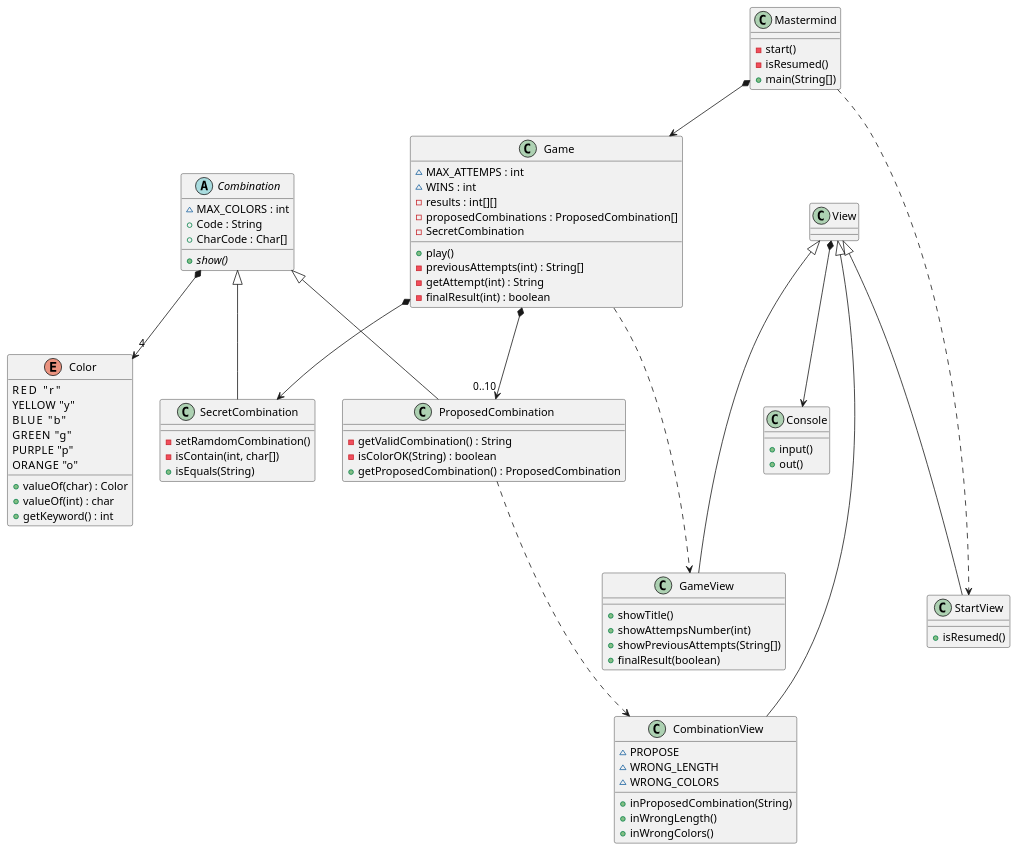
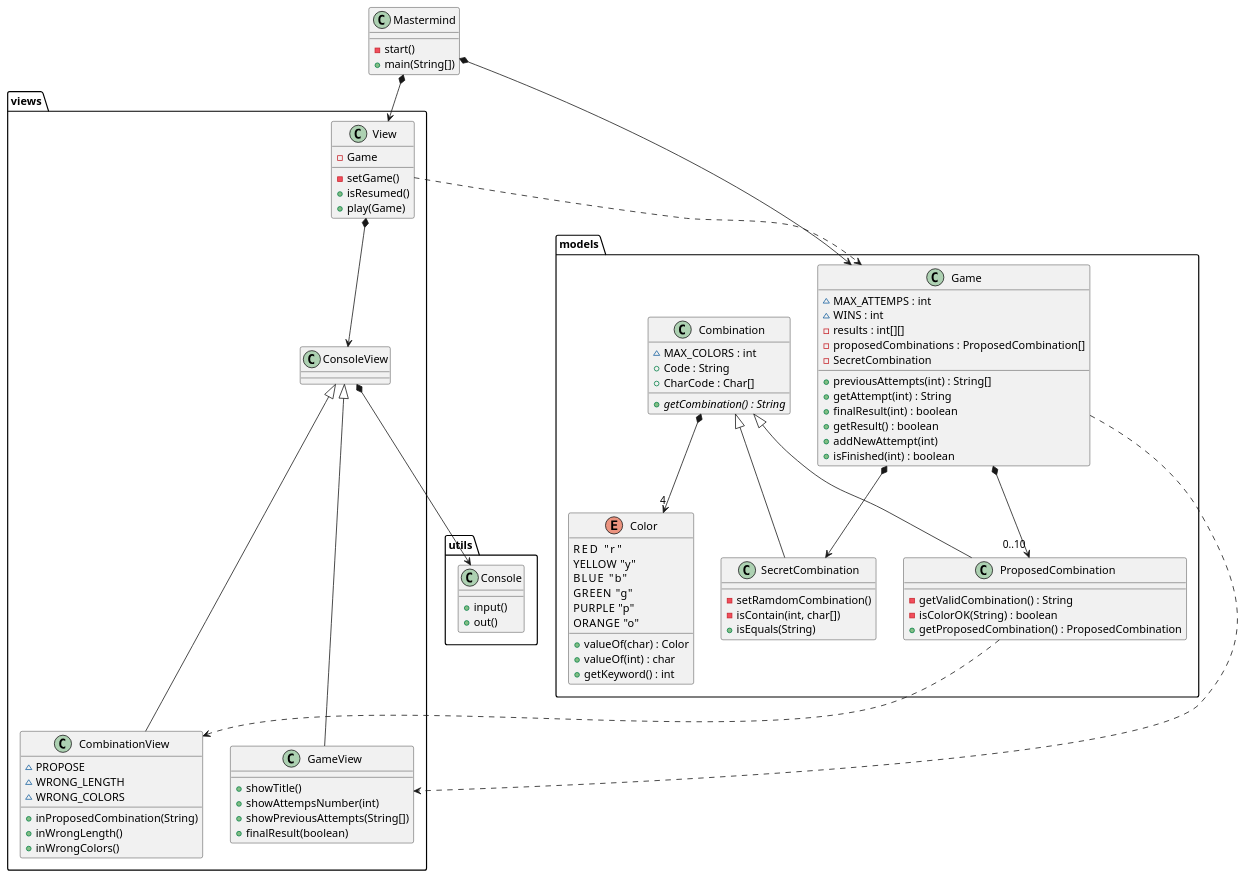
One commit to Master-Desarrollo-20-21/diseno-oo-ejercicio2-mastermind-document-view-kiarras changed the diagram in Mastermind/Mastermind.wsd. Above: the diagram before and after it, drawn with PlantUML. The commit also changed 4 other files, not shown here.

Commit message:
Review view code

```diff
--- a/Mastermind/Mastermind.wsd
+++ b/Mastermind/Mastermind.wsd
@@ -1,80 +1,94 @@
 @startuml Mastermind
 class Mastermind{
   - start()
-  - isResumed()
   + main(String[])
 }
-Mastermind *--> Game
-Mastermind ...> StartView
-class Game{
-    ~ MAX_ATTEMPS : int
-    ~ WINS : int
-    - results : int[][]
-    - proposedCombinations : ProposedCombination[]
-    - SecretCombination
-    + play()
-    - previousAttempts(int) : String[]
-    - getAttempt(int) : String
-    - finalResult(int) : boolean
+package models {
+    class Game{
+        ~ MAX_ATTEMPS : int
+        ~ WINS : int
+        - results : int[][]
+        - proposedCombinations : ProposedCombination[]
+        - SecretCombination
+
+        + previousAttempts(int) : String[]
+        + getAttempt(int) : String
+        + finalResult(int) : boolean
+        + getResult() : boolean
+        + addNewAttempt(int)
+        + isFinished(int) : boolean
+    }
+
+    class Combination{
+        ~ MAX_COLORS : int
+        + Code : String
+        + CharCode : Char[]
+        {abstract} + getCombination() : String
+    }
+    enum Color{
+        RED     "r"
+        YELLOW  "y"
+        BLUE    "b"
+        GREEN   "g"
+        PURPLE  "p"
+        ORANGE  "o"
+        + valueOf(char) : Color
+        + valueOf(int) : char
+        + getKeyword() : int
+    }
+
+    Class SecretCombination{
+        - setRamdomCombination()
+        - isContain(int, char[])
+        + isEquals(String)
+    }
+    Class ProposedCombination{
+        - getValidCombination() : String
+        - isColorOK(String) : boolean
+        + getProposedCombination() : ProposedCombination
+    }
+    Game *--> SecretCombination
+    Game *--> "0..10" ProposedCombination
+    Combination *--> "4" Color
+    Combination <|-- SecretCombination
+    Combination <|-- ProposedCombination
 }
-Game *--> SecretCombination
-Game *--> "0..10" ProposedCombination
-Game ...> GameView
-abstract class Combination{
-    ~ MAX_COLORS : int
-    + Code : String
-    + CharCode : Char[]
-    {abstract} + show()
-}
-Combination *--> "4" Color
-enum Color{
-    RED     "r"
-    YELLOW  "y"
-    BLUE    "b"
-    GREEN   "g"
-    PURPLE  "p"
-    ORANGE  "o"
-    + valueOf(char) : Color
-    + valueOf(int) : char
-    + getKeyword() : int
-}
-Combination <|-- SecretCombination
-Combination <|-- ProposedCombination
-Class SecretCombination{
-    - setRamdomCombination()
-    - isContain(int, char[])
-    + isEquals(String)
-}
-Class ProposedCombination{
-    - getValidCombination() : String
-    - isColorOK(String) : boolean
-    + getProposedCombination() : ProposedCombination
-}
-ProposedCombination ...> CombinationView
-Class Console{
-    + input()
-    + out()
-}
-View *--> Console
-View <|--- StartView
-View <|--- GameView
-View <|--- CombinationView
+package views{
+    View *--> ConsoleView
+    ConsoleView <|--- GameView
+    ConsoleView <|--- CombinationView
 
-Class StartView{
-    + isResumed()
-}
-Class GameView{
+    Class View{
+        - Game
+        - setGame()
+        + isResumed()
+        + play(Game)
+    }
+    Class GameView{
     + showTitle()
     + showAttempsNumber(int)
     + showPreviousAttempts(String[])
     + finalResult(boolean)
-}
-Class CombinationView{
+    }
+    Class CombinationView{
     ~ PROPOSE
     ~ WRONG_LENGTH
     ~ WRONG_COLORS
     + inProposedCombination(String)
     + inWrongLength()
     + inWrongColors()
+    }
 }
+package utils {
+    Class Console{
+    + input()
+    + out()
+    }
+}
+Mastermind *--> Game
+Game ...> GameView
+Mastermind *--> View
+View ...> Game
+ConsoleView *--> Console
+ProposedCombination ...> CombinationView
 @enduml
```
